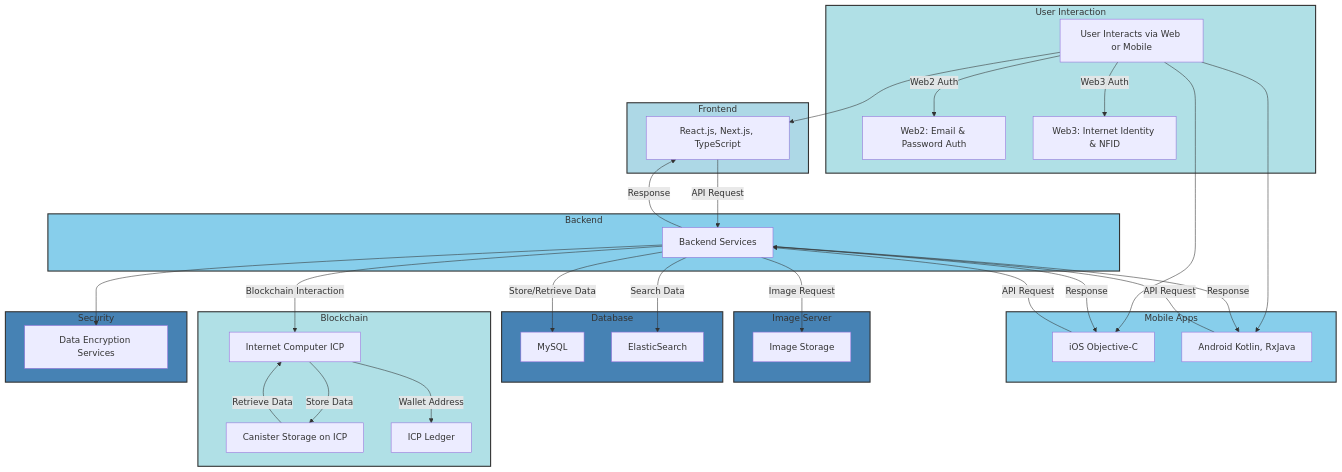
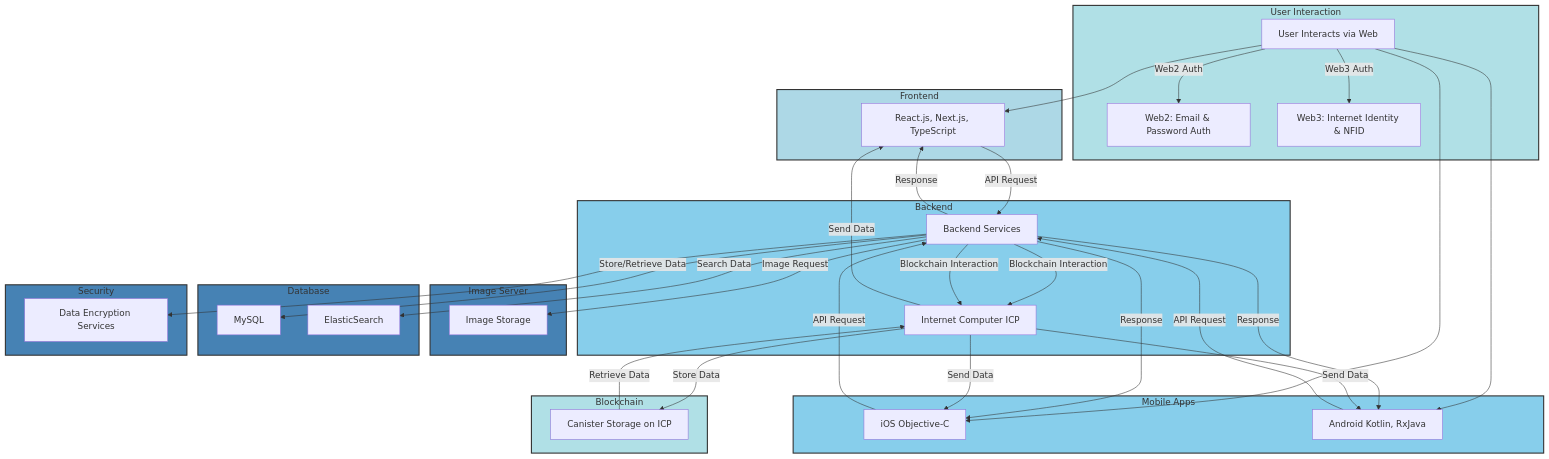
One commit to RatersApp/.github changed the first of 2 diagrams in profile/README.md. Above: the diagram before and after it, drawn with Mermaid.

````diff
--- a/profile/README.md
+++ b/profile/README.md
@@ -30,77 +30,80 @@
 ```mermaid
 graph TD
+    %% Node Styles
     style User_Interaction fill:#B0E0E6,stroke:#333,stroke-width:2px
     style Frontend fill:#ADD8E6,stroke:#333,stroke-width:2px
     style Backend fill:#87CEEB,stroke:#333,stroke-width:2px
     style Mobile_Apps fill:#87CEEB,stroke:#333,stroke-width:2px
     style Image_Server fill:#4682B4,stroke:#333,stroke-width:2px
     style Database fill:#4682B4,stroke:#333,stroke-width:2px
     style Blockchain fill:#B0E0E6,stroke:#333,stroke-width:2px
     style Security fill:#4682B4,stroke:#333,stroke-width:2px
 
     %% User Interaction
     subgraph User_Interaction[User Interaction]
-        A[User Interacts via Web or Mobile]
+        A[User Interacts via Web]
         A -->|Web2 Auth| B[Web2: Email & Password Auth]
         A -->|Web3 Auth| C[Web3: Internet Identity & NFID]
     end
 
     %% Frontend
     subgraph Frontend[Frontend]
         D[React.js, Next.js, TypeScript]
         A --> D
     end
 
     %% Backend
     subgraph Backend[Backend]
         E[Backend Services]
         D -->|API Request| E
+        E -->|Blockchain Interaction| L
     end
 
     %% Mobile Apps
     subgraph Mobile_Apps[Mobile Apps]
         G[iOS Objective-C]
         H[Android Kotlin, RxJava]
         A --> G
         A --> H
         G -->|API Request| E
         H -->|API Request| E
     end
 
     %% Image Server
     subgraph Image_Server[Image Server]
         I[Image Storage]
         E -->|Image Request| I
     end
 
     %% Database
     subgraph Database[Database]
         J[MySQL]
         K[ElasticSearch]
         E -->|Store/Retrieve Data| J
         E -->|Search Data| K
     end
 
     %% Blockchain
     subgraph Blockchain[Blockchain]
         L[Internet Computer ICP]
         M[Canister Storage on ICP]
-        N[ICP Ledger]
         E -->|Blockchain Interaction| L
         L -->|Store Data| M
         M -->|Retrieve Data| L
-        L -->|Wallet Address| N
-        
     end
 
     %% Security
     subgraph Security[Security]
         P[Data Encryption Services]
         E --> P
     end
 
     %% Responses
     E -->|Response| D
     E -->|Response| G
     E -->|Response| H
+    L -->|Send Data| D
+    L -->|Send Data| G
+    L -->|Send Data| H
+
 ```
````
